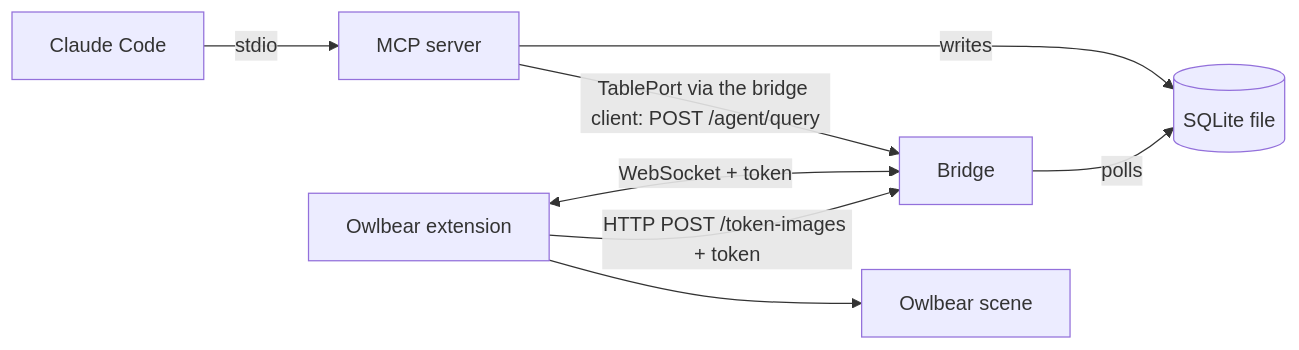
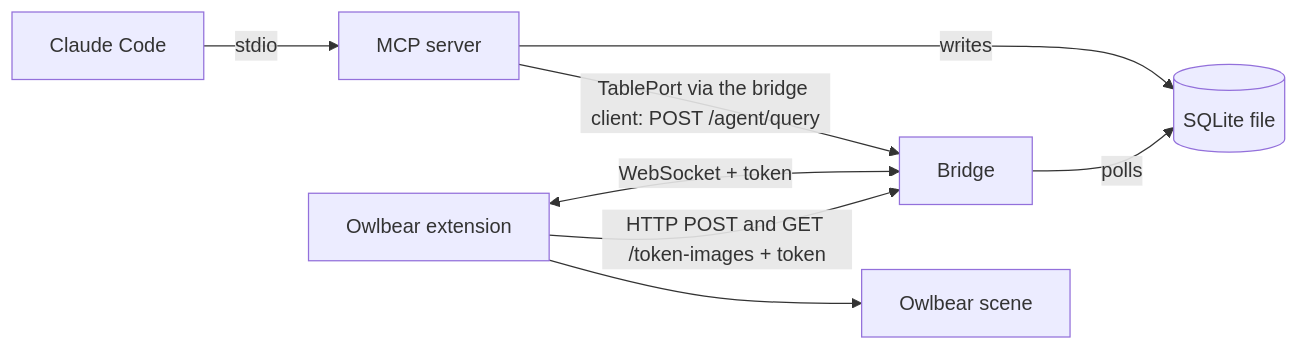
The second of 2 diagrams in docs/architecture.md (askrzypczak/ttrpg-agents), drawn with Mermaid before and after one commit. The commit also changed other lines of this file and 1 other file, not shown here.

First line of the commit message:
docs: token image read route and the republish of stored token art (#220)

````diff
--- a/docs/architecture.md
+++ b/docs/architecture.md
@@ -41,10 +41,10 @@
 ```mermaid
 flowchart LR
   claude["Claude Code"] -->|"stdio"| mcp["MCP server"]
   mcp -->|"writes"| db[("SQLite file")]
   mcp -->|"TablePort via the bridge client: POST /agent/query"| bridge
   bridge["Bridge"] -->|"polls"| db
   ext["Owlbear extension"] <-->|"WebSocket + token"| bridge
-  ext -->|"HTTP POST /token-images + token"| bridge
+  ext -->|"HTTP POST and GET /token-images + token"| bridge
   ext --> scene["Owlbear scene"]
 ```
````
